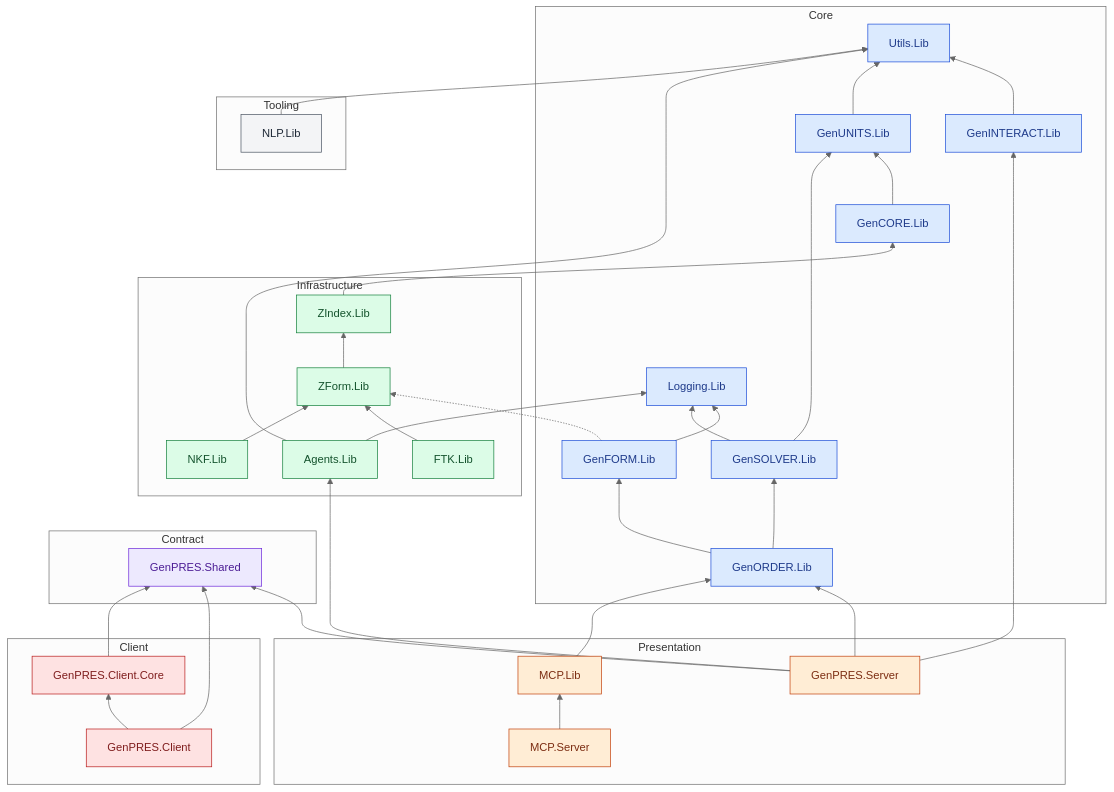
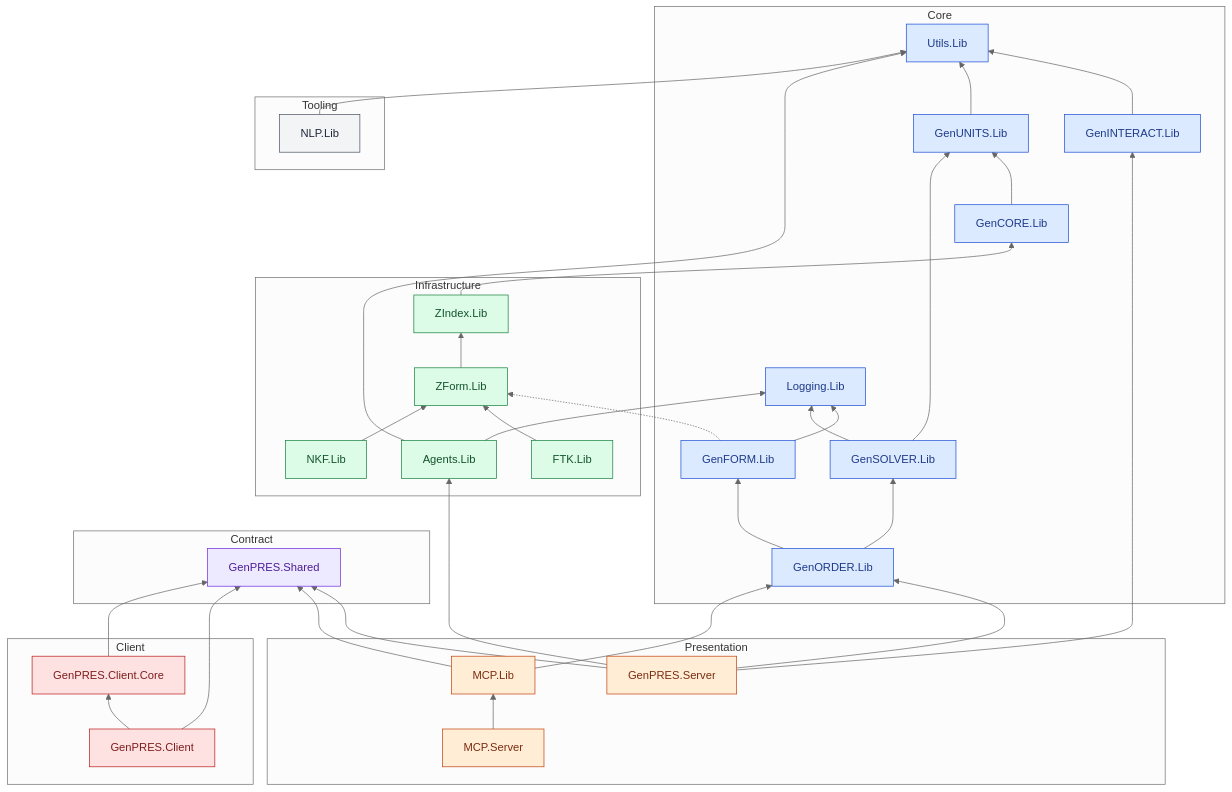
Before and after one commit to informedica/GenPRES: the diagram in ARCHITECTURE.md, drawn with Mermaid (neutral theme). The commit also changed other lines of this file, not shown here.

First line of the commit message:
docs: the MCP host's reference to the contract in the project graph

````diff
--- a/ARCHITECTURE.md
+++ b/ARCHITECTURE.md
@@ -23,72 +23,73 @@
 ```mermaid
 graph BT
     subgraph Core
         GenCORE_Lib["GenCORE.Lib"]
         GenFORM_Lib["GenFORM.Lib"]
         GenINTERACT_Lib["GenINTERACT.Lib"]
         GenORDER_Lib["GenORDER.Lib"]
         GenSOLVER_Lib["GenSOLVER.Lib"]
         GenUNITS_Lib["GenUNITS.Lib"]
         Logging_Lib["Logging.Lib"]
         Utils_Lib["Utils.Lib"]
     end
     subgraph Contract
         GenPRES_Shared["GenPRES.Shared"]
     end
     subgraph Infrastructure
         Agents_Lib["Agents.Lib"]
         FTK_Lib["FTK.Lib"]
         NKF_Lib["NKF.Lib"]
         ZForm_Lib["ZForm.Lib"]
         ZIndex_Lib["ZIndex.Lib"]
     end
     subgraph Presentation
         GenPRES_Server["GenPRES.Server"]
         MCP_Lib["MCP.Lib"]
         MCP_Server["MCP.Server"]
     end
     subgraph Client
         GenPRES_Client["GenPRES.Client"]
         GenPRES_Client_Core["GenPRES.Client.Core"]
     end
     subgraph Tooling
         NLP_Lib["NLP.Lib"]
     end
     GenCORE_Lib --> GenUNITS_Lib
     GenFORM_Lib --> Logging_Lib
     GenFORM_Lib -.-> ZForm_Lib
     GenINTERACT_Lib --> Utils_Lib
     GenORDER_Lib --> GenSOLVER_Lib
     GenORDER_Lib --> GenFORM_Lib
     GenSOLVER_Lib --> GenUNITS_Lib
     GenSOLVER_Lib --> Logging_Lib
     GenUNITS_Lib --> Utils_Lib
     Agents_Lib --> Utils_Lib
     Agents_Lib --> Logging_Lib
     FTK_Lib --> ZForm_Lib
     NKF_Lib --> ZForm_Lib
     ZForm_Lib --> ZIndex_Lib
     ZIndex_Lib --> GenCORE_Lib
     GenPRES_Server --> GenPRES_Shared
     GenPRES_Server --> GenORDER_Lib
     GenPRES_Server --> GenINTERACT_Lib
     GenPRES_Server --> Agents_Lib
     MCP_Lib --> GenORDER_Lib
+    MCP_Lib --> GenPRES_Shared
     MCP_Server --> MCP_Lib
     GenPRES_Client --> GenPRES_Client_Core
     GenPRES_Client --> GenPRES_Shared
     GenPRES_Client_Core --> GenPRES_Shared
     NLP_Lib --> Utils_Lib
     classDef Core fill:#dbeafe,stroke:#1d4ed8,color:#1e3a8a
     class GenCORE_Lib,GenFORM_Lib,GenINTERACT_Lib,GenORDER_Lib,GenSOLVER_Lib,GenUNITS_Lib,Logging_Lib,Utils_Lib Core
     classDef Contract fill:#ede9fe,stroke:#6d28d9,color:#4c1d95
     class GenPRES_Shared Contract
     classDef Infrastructure fill:#dcfce7,stroke:#15803d,color:#14532d
     class Agents_Lib,FTK_Lib,NKF_Lib,ZForm_Lib,ZIndex_Lib Infrastructure
     classDef Presentation fill:#ffedd5,stroke:#c2410c,color:#7c2d12
     class GenPRES_Server,MCP_Lib,MCP_Server Presentation
     classDef Client fill:#fee2e2,stroke:#b91c1c,color:#7f1d1d
     class GenPRES_Client,GenPRES_Client_Core Client
     classDef Tooling fill:#f3f4f6,stroke:#4b5563,color:#1f2937
     class NLP_Lib Tooling
 ```
````
